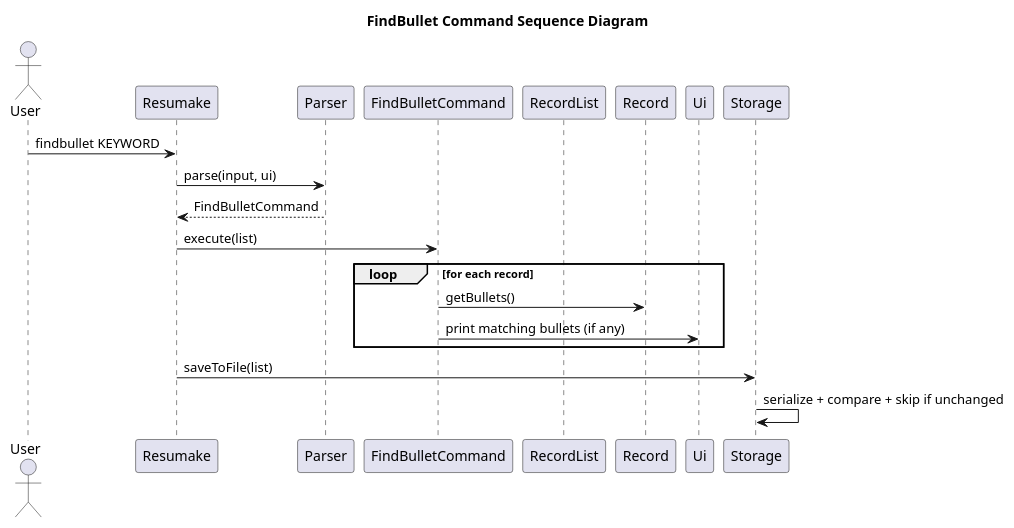
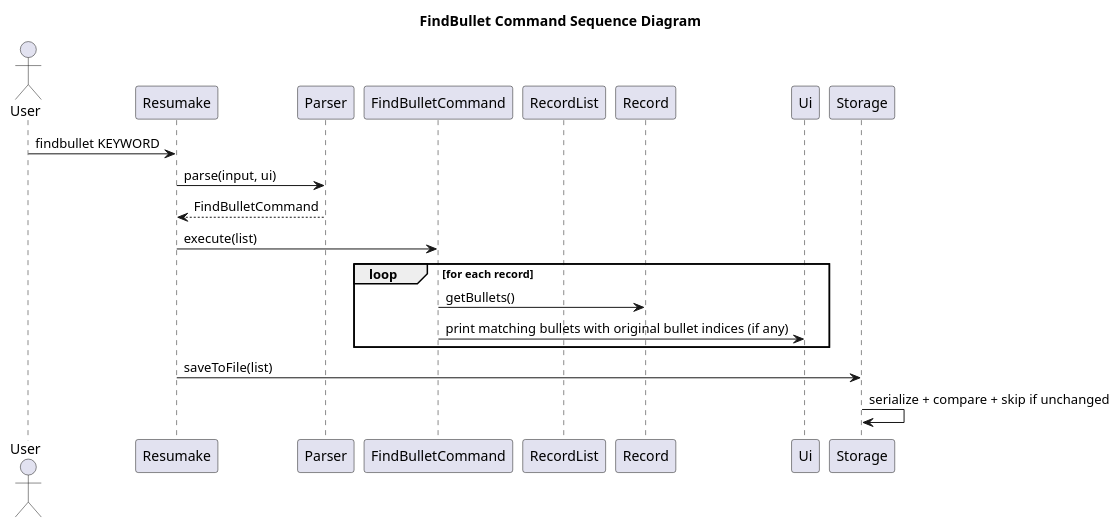
Before and after one commit to AY2526S2-CS2113-F09-2/tp: the diagram in docs/diagrams/FindBulletSequenceDiagram.puml, drawn with PlantUML. The commit also changed 23 other files, not shown here.

Commit message:
Update UG and DG to align diagrams and command behavior

```diff
--- a/docs/diagrams/FindBulletSequenceDiagram.puml
+++ b/docs/diagrams/FindBulletSequenceDiagram.puml
@@ -1,25 +1,25 @@
 @startuml
 !pragma layout smetana
 
 title FindBullet Command Sequence Diagram
 
 actor User
 participant Resumake
 participant Parser
 participant FindBulletCommand
 participant RecordList
 participant Record
 participant Ui
 participant Storage
 
 User -> Resumake: findbullet KEYWORD
 Resumake -> Parser: parse(input, ui)
 Parser --> Resumake: FindBulletCommand
 Resumake -> FindBulletCommand: execute(list)
 loop for each record
   FindBulletCommand -> Record: getBullets()
-  FindBulletCommand -> Ui: print matching bullets (if any)
+  FindBulletCommand -> Ui: print matching bullets with original bullet indices (if any)
 end
 Resumake -> Storage: saveToFile(list)
 Storage -> Storage: serialize + compare + skip if unchanged
 @enduml
```
